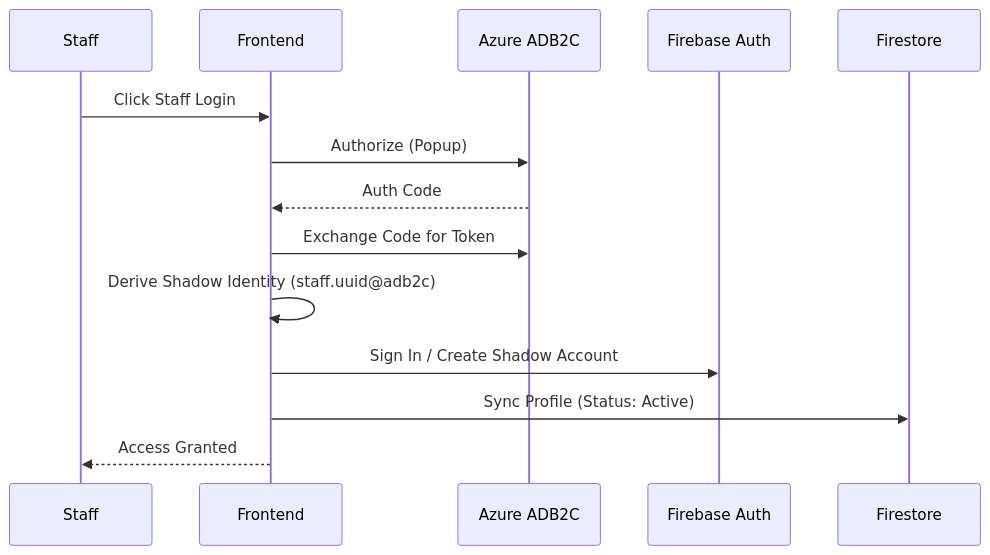
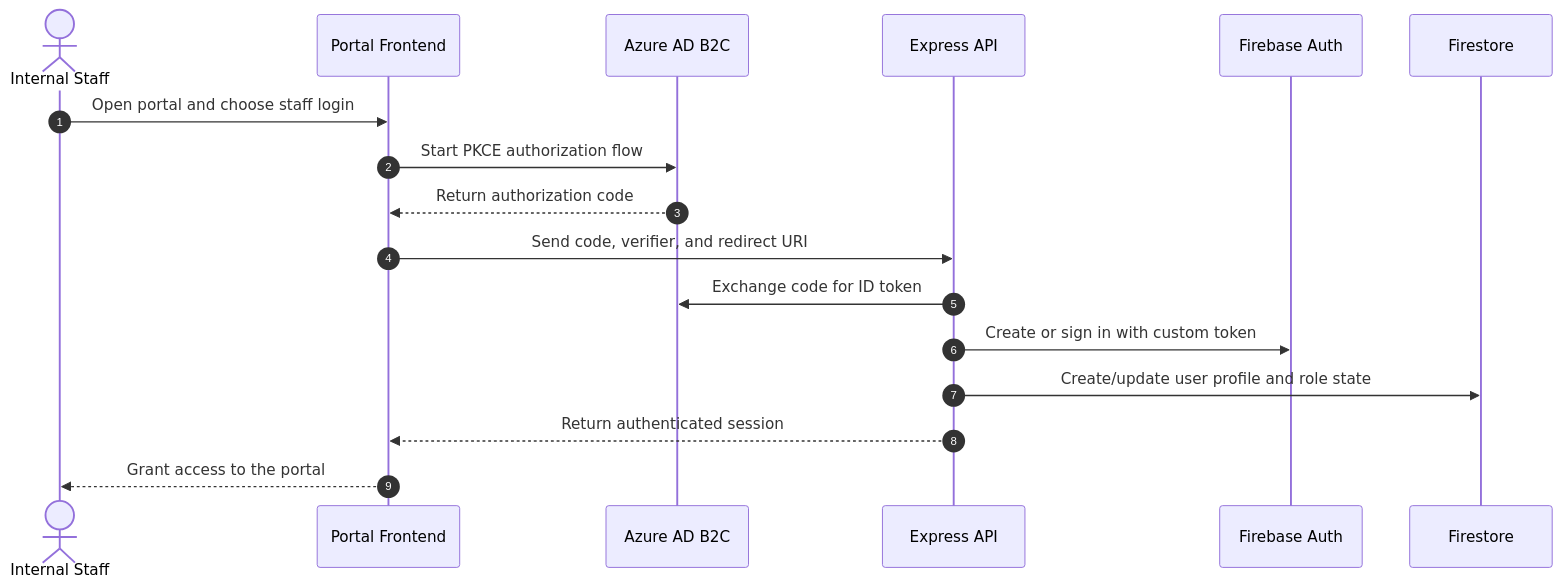
The second of 3 diagrams in Design.md (ebsystemdigitalization/Bridge-Contract-Status-Portal), drawn with Mermaid before and after one commit. The commit also changed other lines of this file and 1 other file, not shown here.

````diff
--- a/Design.md
+++ b/Design.md
@@ -84,17 +82,20 @@
 ```mermaid
 sequenceDiagram
-    participant U as Staff
-    participant UI as Frontend
-    participant AD as Azure ADB2C
+    autonumber
+    actor Staff as Internal Staff
+    participant UI as Portal Frontend
+    participant ADB2C as Azure AD B2C
+    participant API as Express API
     participant FA as Firebase Auth
     participant FS as Firestore
 
-    U->>UI: Click Staff Login
-    UI->>AD: Authorize (Popup)
-    AD-->>UI: Auth Code
-    UI->>AD: Exchange Code for Token
-    UI->>UI: Derive Shadow Identity (staff.uuid@adb2c)
-    UI->>FA: Sign In / Create Shadow Account
-    UI->>FS: Sync Profile (Status: Active)
-    UI-->>U: Access Granted
+    Staff->>UI: Open portal and choose staff login
+    UI->>ADB2C: Start PKCE authorization flow
+    ADB2C-->>UI: Return authorization code
+    UI->>API: Send code, verifier, and redirect URI
+    API->>ADB2C: Exchange code for ID token
+    API->>FA: Create or sign in with custom token
+    API->>FS: Create/update user profile and role state
+    API-->>UI: Return authenticated session
+    UI-->>Staff: Grant access to the portal
 ```
````
